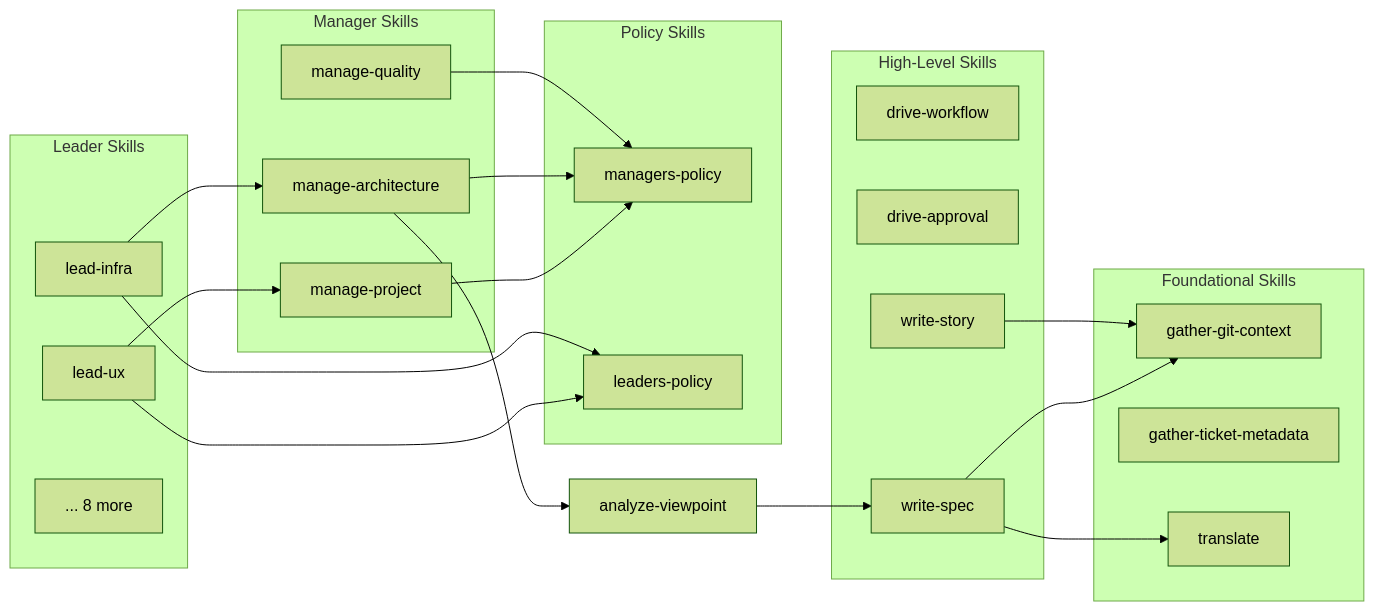
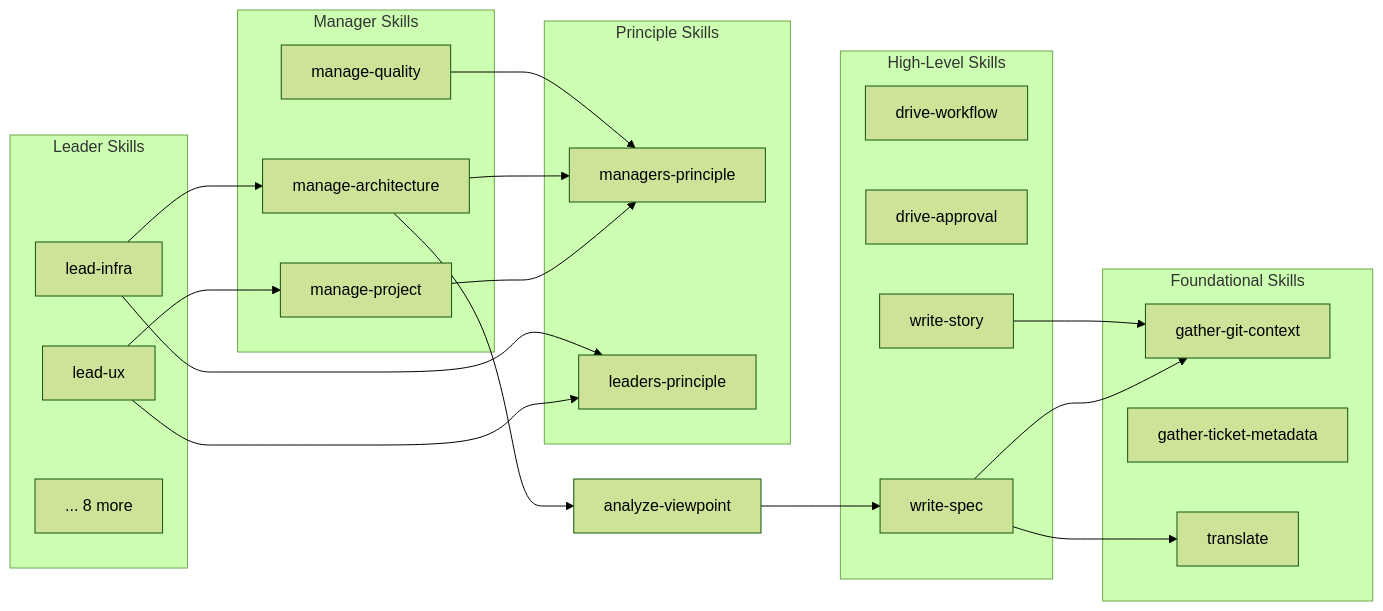
One commit to qmu/workaholic changed the third of 3 diagrams in .workaholic/specs/component.md. Above: the diagram before and after it, drawn with Mermaid (forest theme). The commit also changed other lines of this file and 29 other files, not shown here.

````diff
--- a/.workaholic/specs/component.md
+++ b/.workaholic/specs/component.md
@@ -286,47 +286,47 @@
 ```mermaid
 flowchart LR
     subgraph "Manager Skills"
         MP[manage-project]
         MA[manage-architecture]
         MQ[manage-quality]
     end
 
-    subgraph "Policy Skills"
-        MgrP[managers-policy]
-        LeadP[leaders-policy]
+    subgraph "Principle Skills"
+        MgrP[managers-principle]
+        LeadP[leaders-principle]
     end
 
     subgraph "Leader Skills"
         LUX[lead-ux]
         LInfra[lead-infra]
         LOther[... 8 more]
     end
 
     subgraph "High-Level Skills"
         DW[drive-workflow]
         DA[drive-approval]
         WS[write-spec]
         WStory[write-story]
     end
 
     subgraph "Foundational Skills"
         GGC[gather-git-context]
         GTM[gather-ticket-metadata]
         T[translate]
     end
 
     MP --> MgrP
     MA --> MgrP
     MQ --> MgrP
 
     LUX --> LeadP
     LUX --> MP
     LInfra --> LeadP
     LInfra --> MA
 
     WS --> GGC
     WS --> T
     WStory --> GGC
     MA --> analyze-viewpoint
     analyze-viewpoint --> WS
 ```
````
